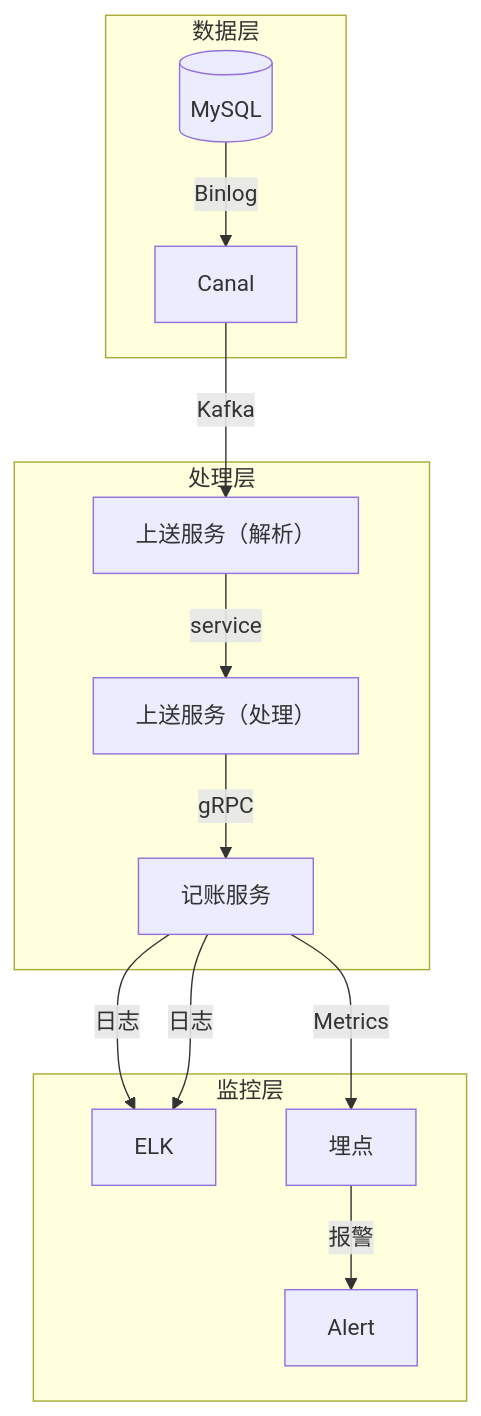
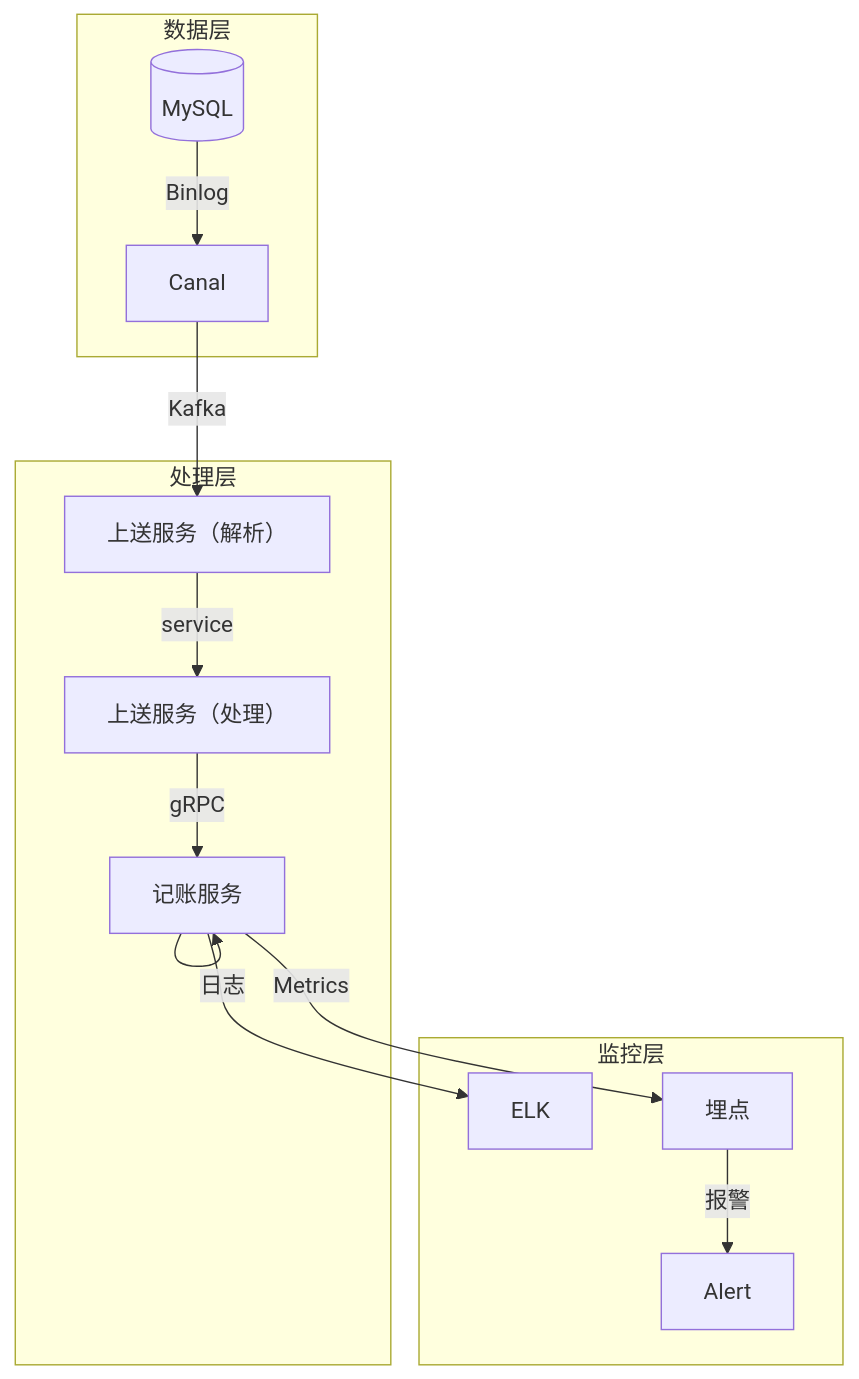
The diagram in all/未命名.md (87828943/iodraw-files), drawn with Mermaid before and after one commit.

Commit message:
2025-07-01 10:45:10 update

````diff
--- a/all/未命名.md
+++ b/all/未命名.md
@@ -1,18 +1,17 @@
 ```mermaid
 graph TB
     subgraph 数据层
         DB[(MySQL)] -->|Binlog| Canal
     end
     subgraph 处理层
         Canal -->|Kafka| Parser[上送服务（解析）]
         Parser -->|service| Engine[上送服务（处理）]
         Engine -->|gRPC| Accounting[记账服务]
-
     end
     subgraph 监控层
-        Accounting -->|日志| ELK
+        Accounting --> Accounting[记账服务]
         Accounting -->|日志| ELK
         Accounting -->|Metrics| 埋点
         埋点 -->|报警| Alert
     end
 ```
````
